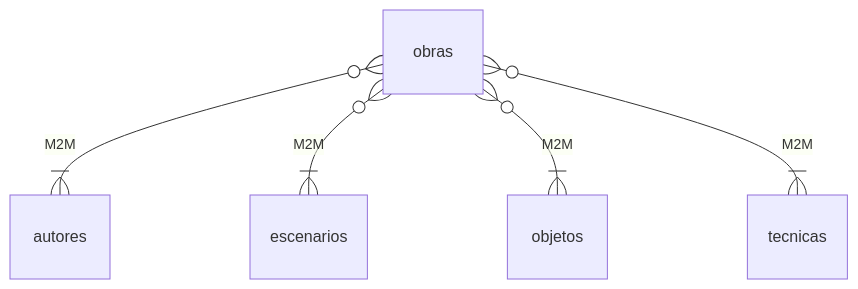
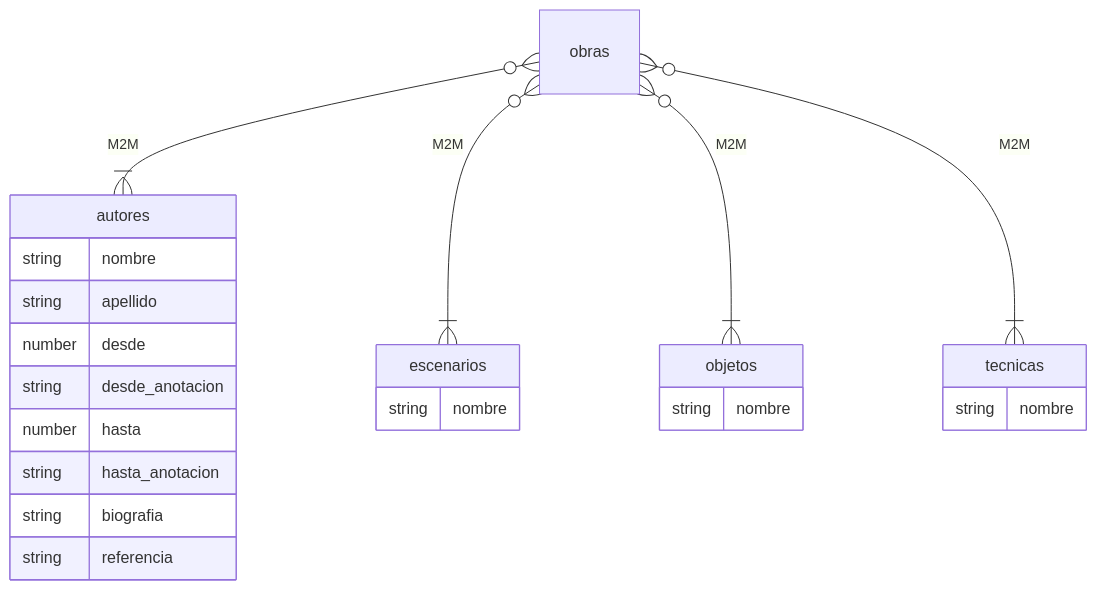
The second of 2 diagrams in README.md (enflujo/arca-despliegue), drawn with Mermaid before and after one commit. The commit also changed 29 other files, not shown here.

````diff
--- a/README.md
+++ b/README.md
@@ -193,10 +193,29 @@
 ```mermaid
 erDiagram
     obras }o--|{ autores : M2M
+    autores {
+      string nombre
+      string apellido
+      number desde
+      string desde_anotacion
+      number hasta
+      string hasta_anotacion
+      string biografia
+      string referencia
+    }
 
     obras }o--|{ escenarios : M2M
+    escenarios {
+      string nombre
+    }
 
     obras }o--|{ objetos : M2M
+    objetos {
+      string nombre
+    }
 
     obras }o--|{ tecnicas : M2M
+    tecnicas {
+      string nombre
+    }
 ```
````
